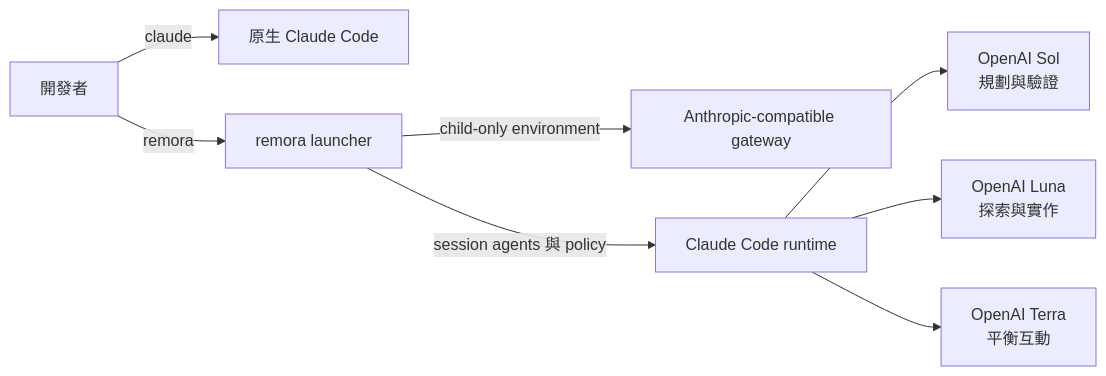
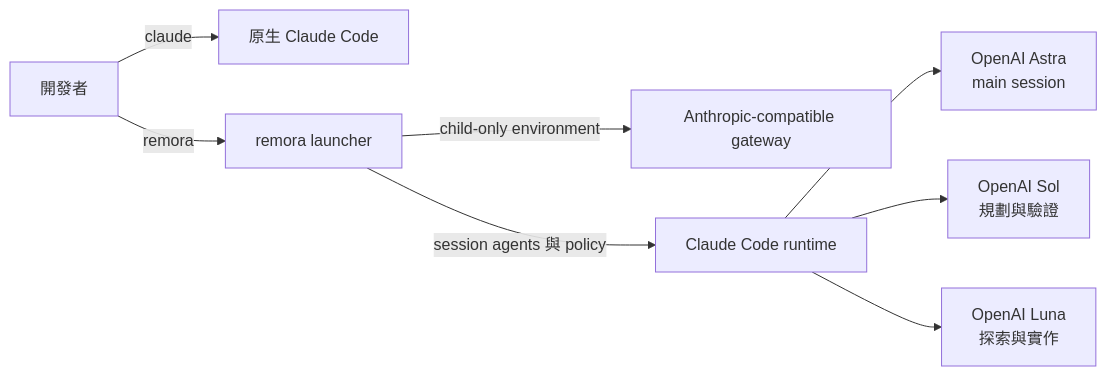
The diagram in README.zh-TW.md (Nanako0129/remora-cc), drawn with Mermaid before and after one commit. The commit also changed other lines of this file and 20 other files, not shown here.

````diff
--- a/README.zh-TW.md
+++ b/README.zh-TW.md
@@ -61,13 +62,13 @@
 ```mermaid
 flowchart LR
     USER["開發者"] -->|claude| NATIVE["原生 Claude Code"]
     USER -->|remora| LAUNCHER["remora launcher"]
     LAUNCHER -->|child-only environment| GATEWAY["Anthropic-compatible gateway"]
     LAUNCHER -->|session agents 與 policy| RUNTIME["Claude Code runtime"]
+    RUNTIME --> ASTRA["OpenAI Astra
+    main session"]
     RUNTIME --> SOL["OpenAI Sol
 規劃與驗證"]
     RUNTIME --> LUNA["OpenAI Luna
 探索與實作"]
-    RUNTIME --> TERRA["OpenAI Terra
-平衡互動"]
 ```
````
